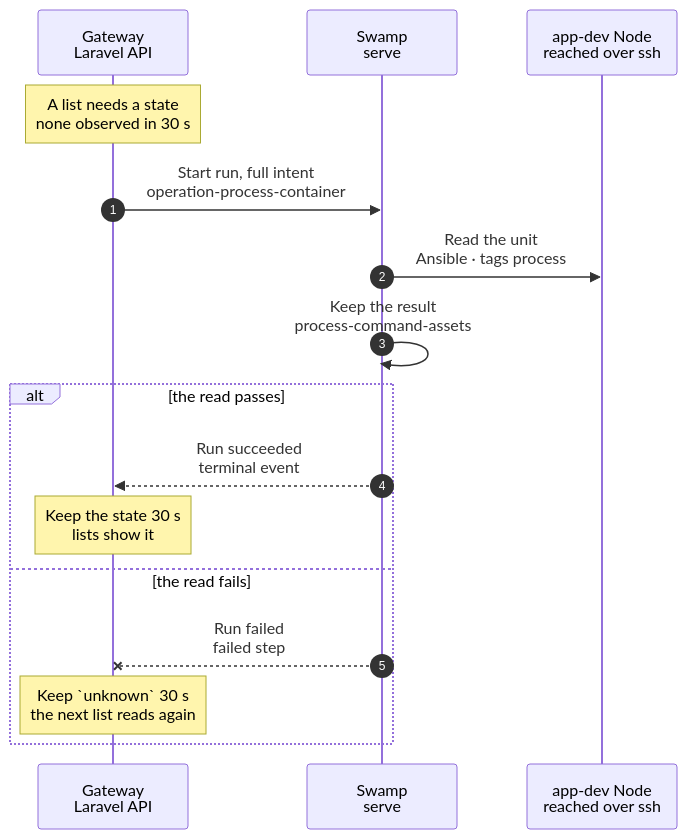
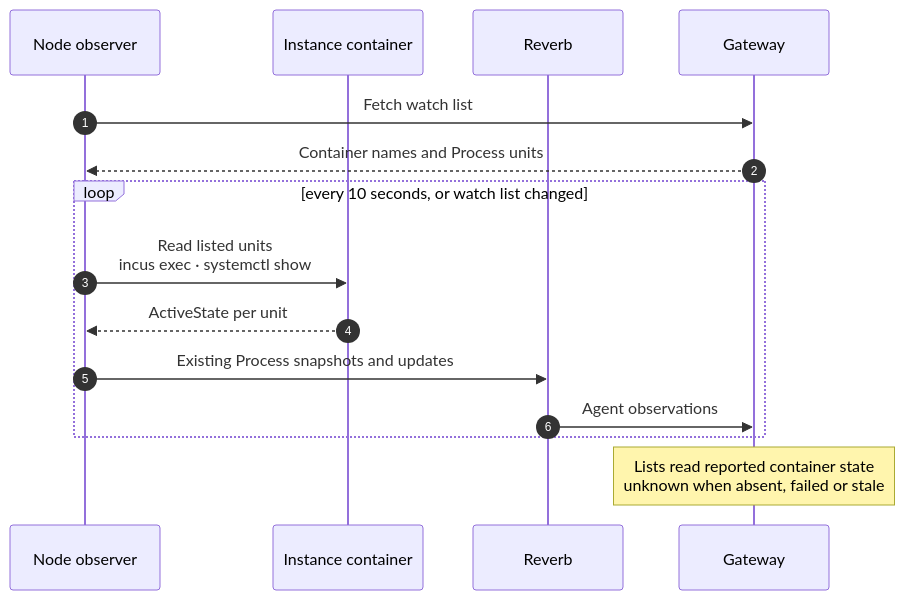
One commit to hardimpactdev/orbit changed the diagram in docs/cli/process/inspect.mmd. Above: the diagram before and after it, drawn with Mermaid. The commit also changed 24 other files, not shown here.

Commit message:
fix: observe Instance Process state inside its container

```diff
--- a/docs/cli/process/inspect.mmd
+++ b/docs/cli/process/inspect.mmd
@@ -1,30 +1,18 @@
 sequenceDiagram
-  %% Target design, container runtime (ADR 0250, docs/reference/development-containers.md#processes): the status of a Process in an Instance container. No command starts it; a Process list does.
+  %% Container runtime status, docs/reference/development-containers.md#processes.
   %% status: draft
   %% command: none · Process lists
-  %% kind: process.inspect
   autonumber
-  %% lane GW icon=gateway pill=intent tone=blue
-  %% lane SW icon=workflow pill=executes tone=green
-  %% lane N icon=server pill=target tone=amber
-  participant GW as Gateway<br/>Laravel API
-  participant SW as Swamp<br/>serve
-  participant N as app-dev Node<br/>reached over ssh
-  Note over GW: A list needs a state<br/>none observed in 30 s
-  %%> What it does:
-  %%> - neither Prometheus nor the Node agent sees a container's units, so the list answers `unknown` and starts a read off the request
-  %%> - at most four reads start per list, and one read per Process at a time
-  GW->>SW: Start run, full intent<br/>operation-process-container
-  SW->>N: Read the unit<br/>Ansible · tags process
-  %%> What it does:
-  %%> - `systemctl is-active` in the container through `incus exec`
-  SW->>SW: Keep the result<br/>process-command-assets
-  %%> What it does:
-  %%> - publishes the unit's state; journal lines of a log read go only to the vault
-  alt the read passes
-    SW-->>GW: Run succeeded<br/>terminal event
-    Note over GW: Keep the state 30 s<br/>lists show it
-  else the read fails
-    SW--xGW: Run failed<br/>failed step
-    Note over GW: Keep `unknown` 30 s<br/>the next list reads again
+  participant A as Node observer
+  participant C as Instance container
+  participant R as Reverb
+  participant GW as Gateway
+  A->>GW: Fetch watch list
+  GW-->>A: Container names and Process units
+  loop every 10 seconds, or watch list changed
+    A->>C: Read listed units<br/>incus exec · systemctl show
+    C-->>A: ActiveState per unit
+    A->>R: Existing Process snapshots and updates
+    R->>GW: Agent observations
   end
+  Note over GW: Lists read reported container state<br/>unknown when absent, failed or stale
```
